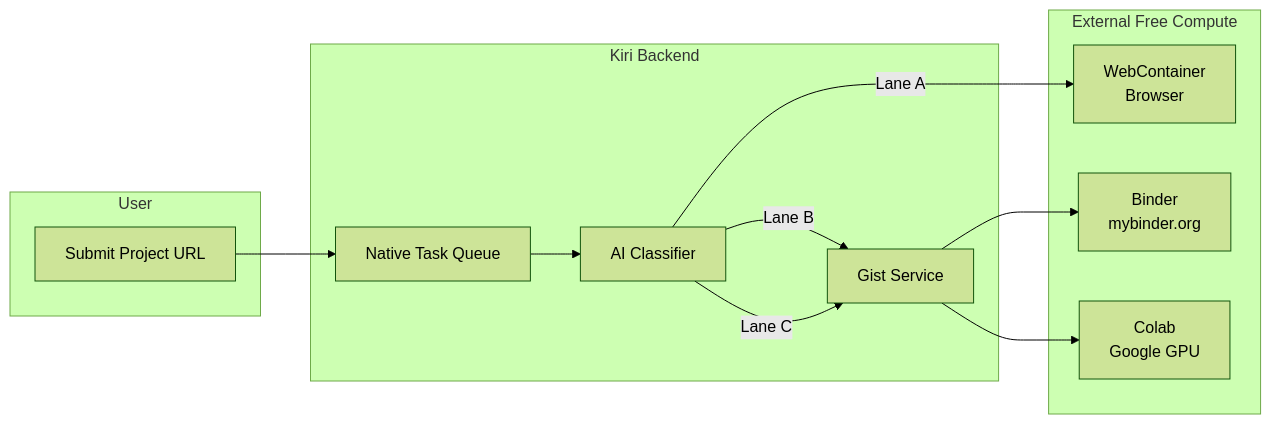
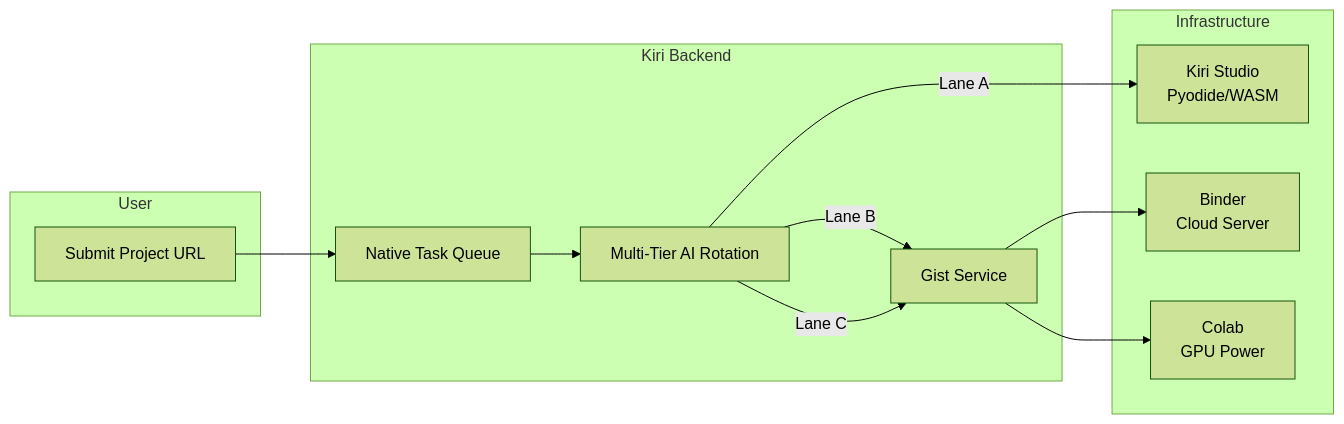
The diagram in docs/TRAFFIC_CONTROLLER.md (Nwokike/kiri), drawn with Mermaid (forest theme) before and after one commit. The commit also changed other lines of this file and 20 other files, not shown here.

````diff
--- a/docs/TRAFFIC_CONTROLLER.md
+++ b/docs/TRAFFIC_CONTROLLER.md
@@ -7,24 +7,24 @@
 ```mermaid
 flowchart LR
     subgraph User
         U[Submit Project URL]
     end
     
     subgraph Kiri Backend
         NT[Native Task Queue]
-        AI[AI Classifier]
+        AI[Multi-Tier AI Rotation]
         GS[Gist Service]
     end
     
-    subgraph External Free Compute
-        WC[WebContainer<br/>Browser]
-        BD[Binder<br/>mybinder.org]
-        CL[Colab<br/>Google GPU]
+    subgraph Infrastructure
+        KS[Kiri Studio<br/>Pyodide/WASM]
+        BD[Binder<br/>Cloud Server]
+        CL[Colab<br/>GPU Power]
     end
     
     U --> NT
     NT --> AI
-    AI --> |Lane A| WC
+    AI --> |Lane A| KS
     AI --> |Lane B| GS --> BD
     AI --> |Lane C| GS --> CL
 ```
````
